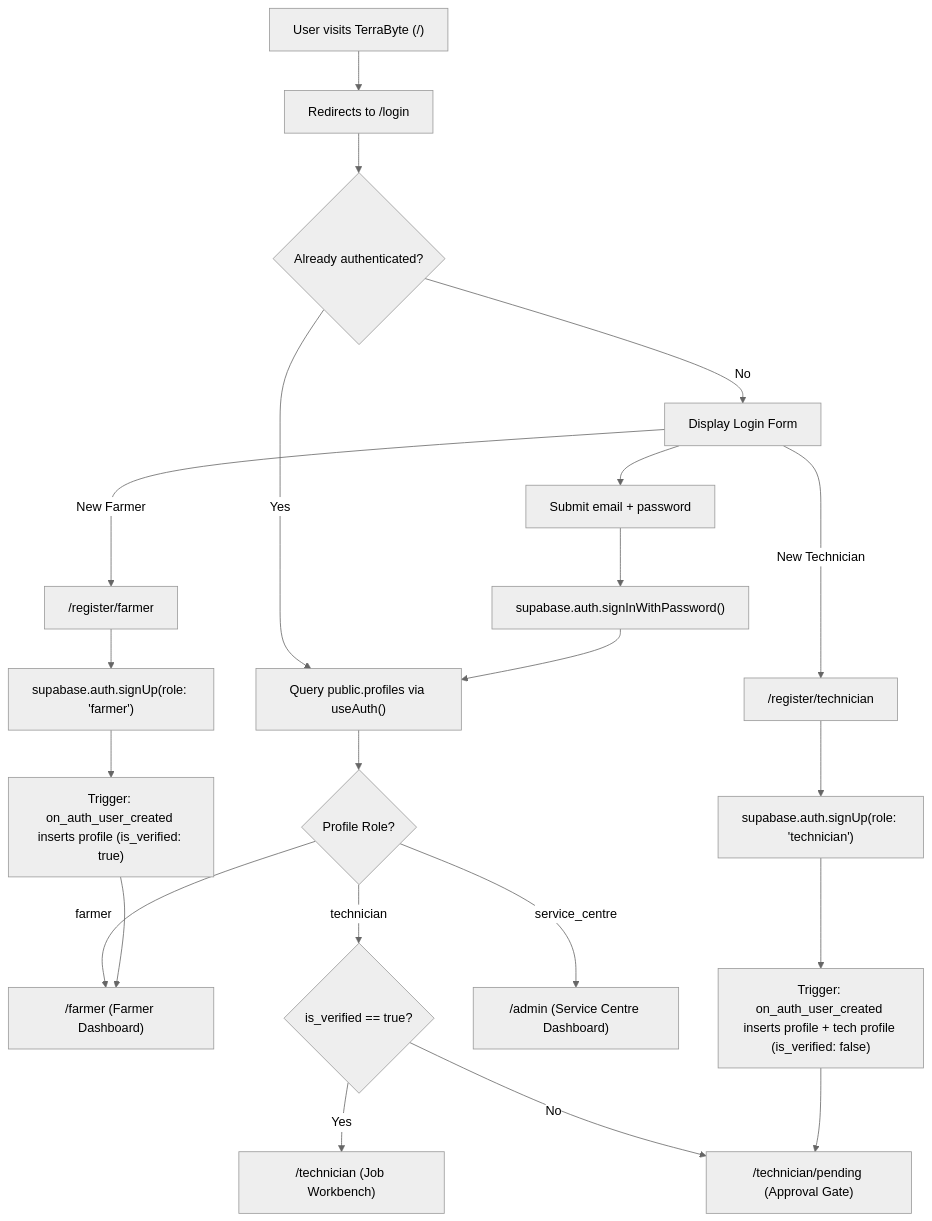
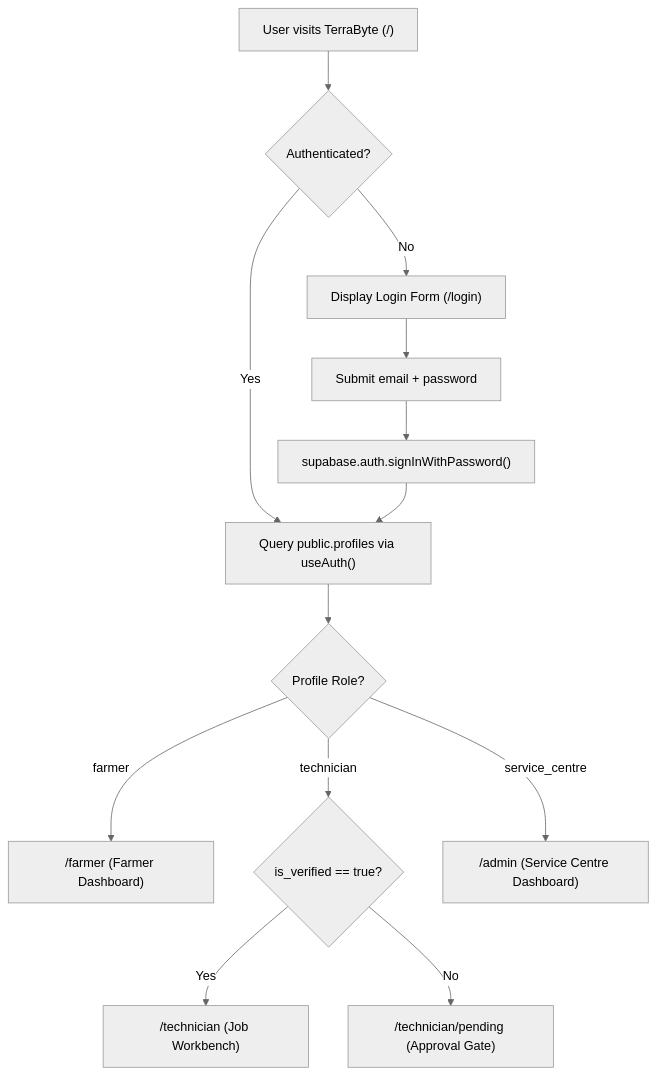
The first of 3 diagrams in APP_FLOW.md (ankitchamke/TerraByte), drawn with Mermaid (neutral theme) before and after one commit. The commit also changed other lines of this file and 19 other files, not shown here.

````diff
--- a/APP_FLOW.md
+++ b/APP_FLOW.md
@@ -7,29 +7,18 @@
 ```mermaid
 flowchart TD
-    Start["User visits TerraByte (/)"] --> Redirect["Redirects to /login"]
-    Redirect --> CheckAuth{"Already authenticated?"}
+    Start["User visits TerraByte (/)"] --> CheckAuth{"Authenticated?"}
     
     CheckAuth -- Yes --> ReadProfile["Query public.profiles via useAuth()"]
-    CheckAuth -- No --> AuthUI["Display Login Form"]
+    CheckAuth -- No --> AuthUI["Display Login Form (/login)"]
     
     AuthUI --> SignIn["Submit email + password"]
     SignIn --> SupaAuth["supabase.auth.signInWithPassword()"]
     SupaAuth --> ReadProfile
     
     ReadProfile --> RouteByRole{"Profile Role?"}
     RouteByRole -- farmer --> FarmerHome["/farmer (Farmer Dashboard)"]
     RouteByRole -- technician --> CheckVerified{"is_verified == true?"}
     CheckVerified -- Yes --> TechHome["/technician (Job Workbench)"]
     CheckVerified -- No --> TechPending["/technician/pending (Approval Gate)"]
     RouteByRole -- service_centre --> AdminHome["/admin (Service Centre Dashboard)"]
-    
-    AuthUI -- "New Farmer" --> RegFarmer["/register/farmer"]
-    RegFarmer --> SubmitFarmer["supabase.auth.signUp(role: 'farmer')"]
-    SubmitFarmer --> TriggerProvision["Trigger: on_auth_user_created inserts profile (is_verified: true)"]
-    TriggerProvision --> FarmerHome
-    
-    AuthUI -- "New Technician" --> RegTech["/register/technician"]
-    RegTech --> SubmitTech["supabase.auth.signUp(role: 'technician')"]
-    SubmitTech --> TriggerTech["Trigger: on_auth_user_created inserts profile + tech profile (is_verified: false)"]
-    TriggerTech --> TechPending
 ```
````
